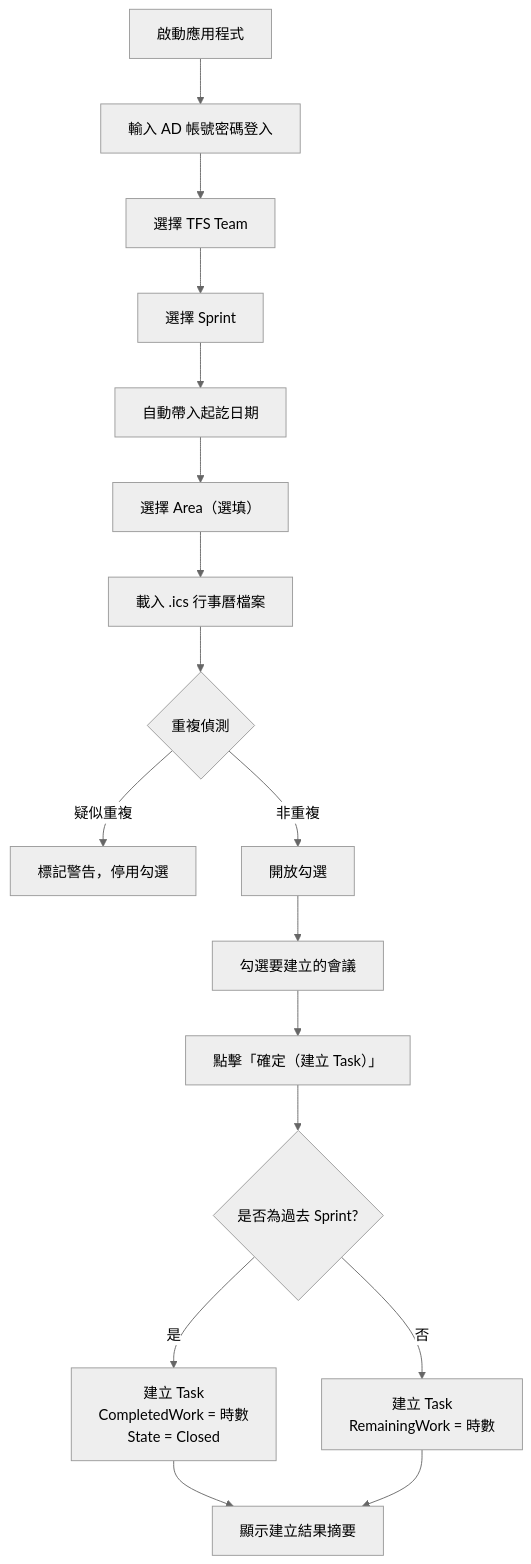
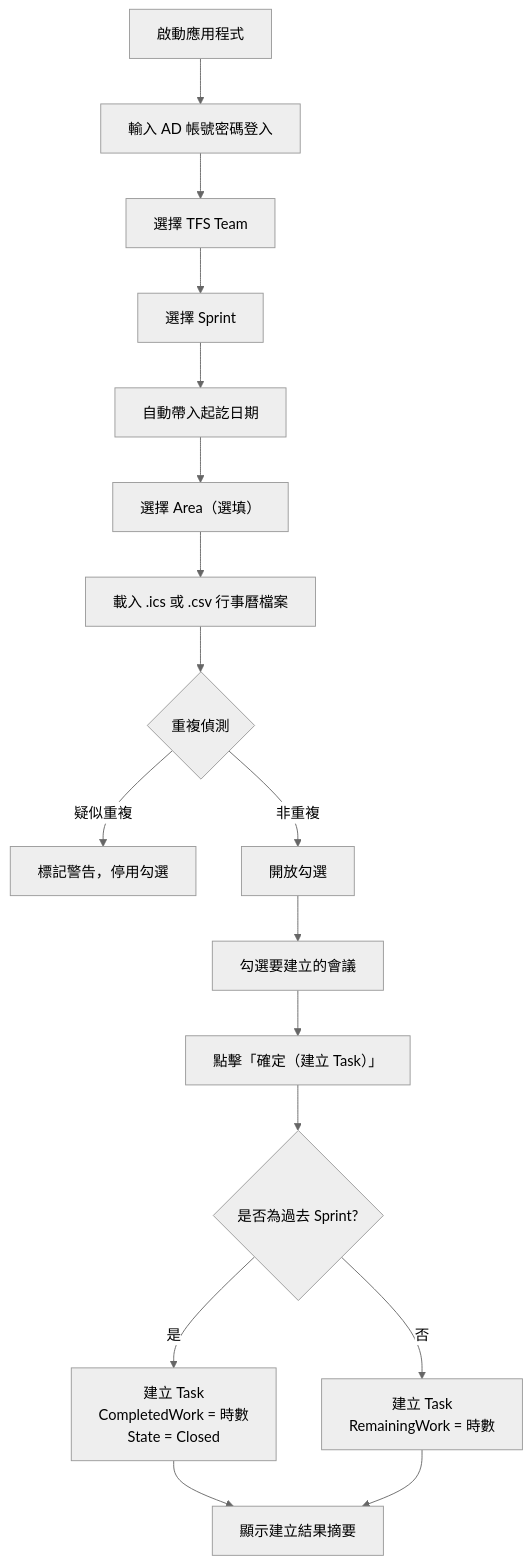
The first of 3 diagrams in README.md (yyyyMonkey/auto-task-importer), drawn with Mermaid (neutral theme) before and after one commit. The commit also changed other lines of this file and 4 other files, not shown here.

````diff
--- a/README.md
+++ b/README.md
@@ -24,19 +25,19 @@
 ```mermaid
 flowchart TD
     A[啟動應用程式] --> B[輸入 AD 帳號密碼登入]
     B --> C[選擇 TFS Team]
     C --> D[選擇 Sprint]
     D --> E[自動帶入起訖日期]
     E --> F[選擇 Area（選填）]
-    F --> G[載入 .ics 行事曆檔案]
+    F --> G[載入 .ics 或 .csv 行事曆檔案]
     G --> H{重複偵測}
     H -->|疑似重複| I[標記警告，停用勾選]
     H -->|非重複| J[開放勾選]
     J --> K[勾選要建立的會議]
     K --> L[點擊「確定（建立 Task）」]
     L --> M{是否為過去 Sprint?}
     M -->|是| N[建立 Task\nCompletedWork = 時數\nState = Closed]
     M -->|否| O[建立 Task\nRemainingWork = 時數]
     N --> P[顯示建立結果摘要]
     O --> P
 ```
````
